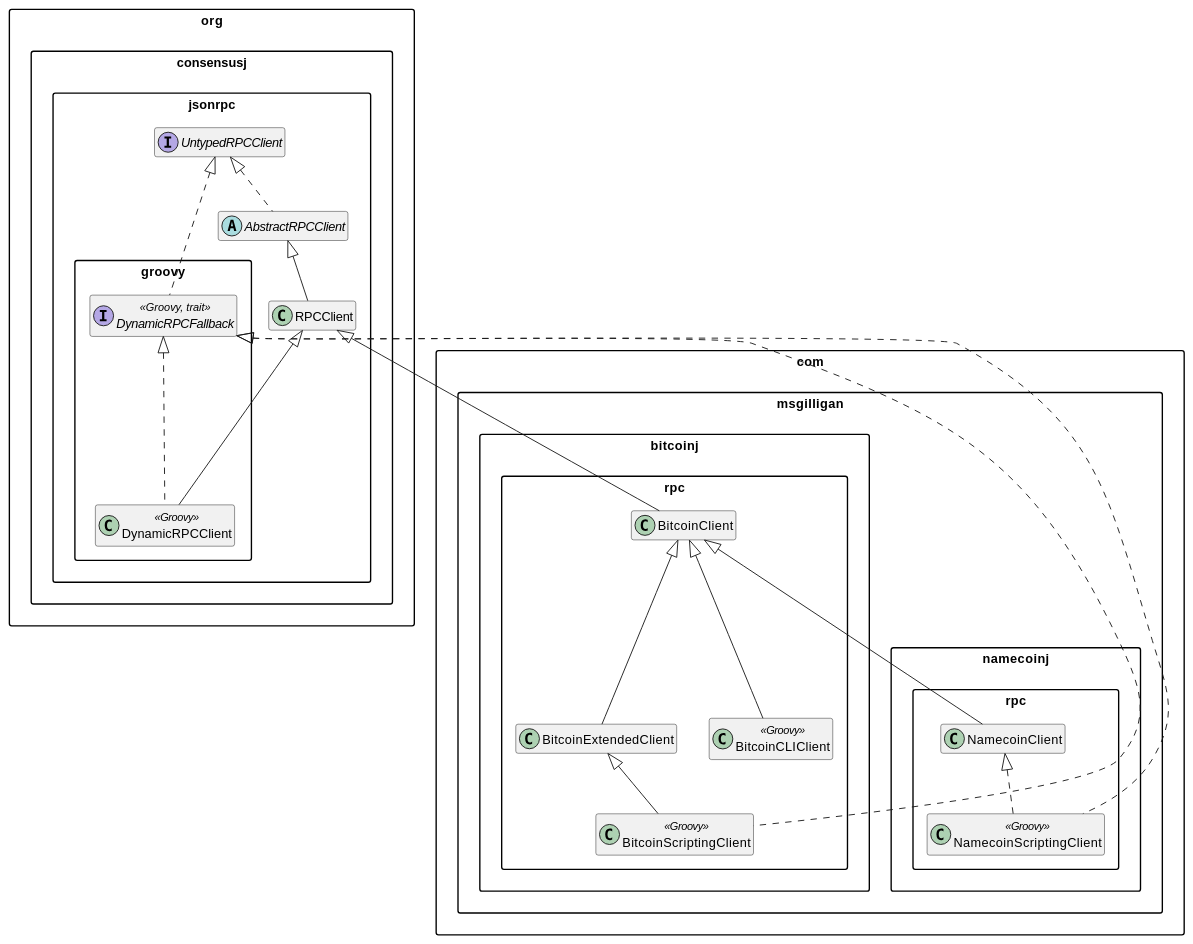
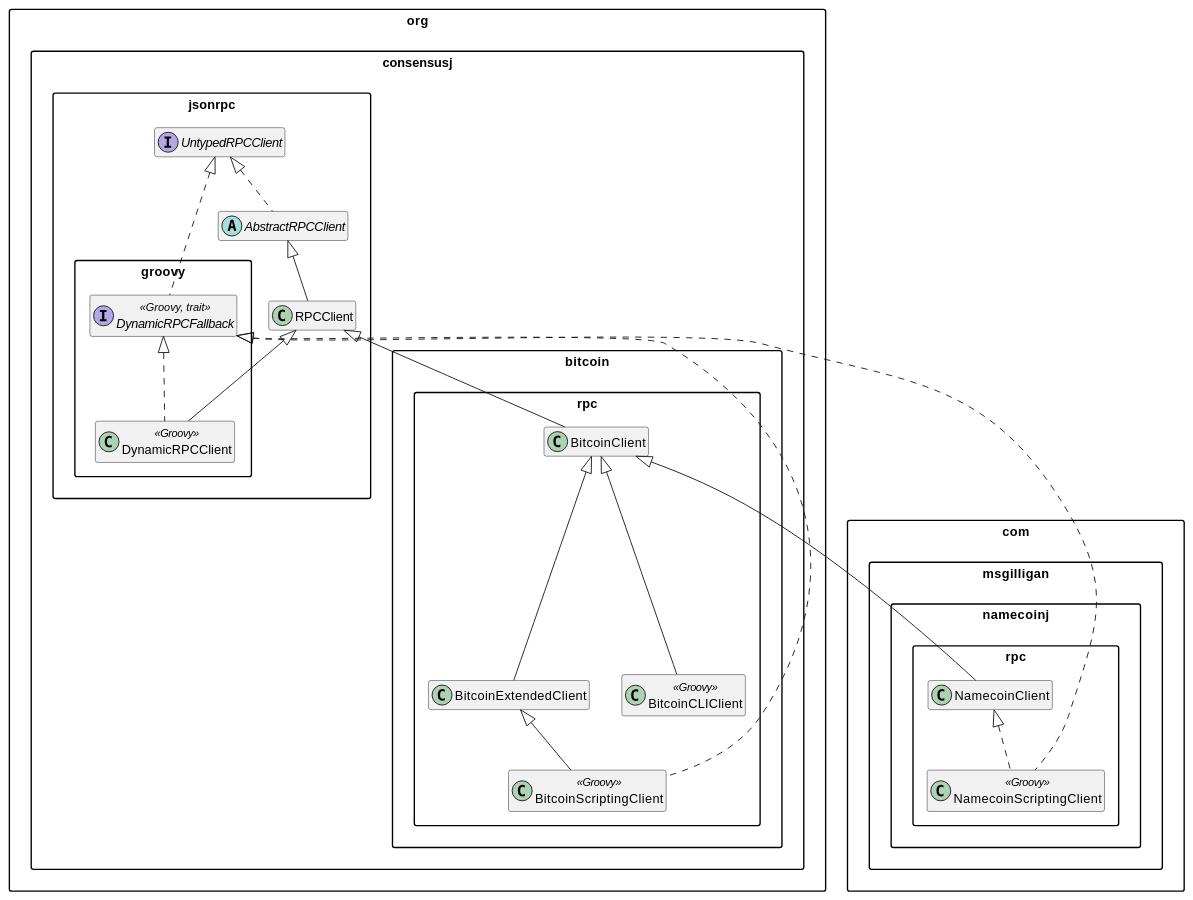
The diagram in doc/consensusj-user-guide.adoc (ConsensusJ/consensusj), drawn with PlantUML before and after one commit. The commit also changed 125 other files, not shown here.

First line of the commit message:
Move to org.consensusj.bitcoin.rpc and o.c.b.test

```diff
--- a/doc/consensusj-user-guide.adoc
+++ b/doc/consensusj-user-guide.adoc
@@ -18,49 +18,49 @@
 [plantuml, format="svg", id="Class Diagram"]
 ....
 skinparam packageStyle Rect
 skinparam shadowing false
 hide empty members
 
 namespace org.consensusj.jsonrpc {
     interface UntypedRPCClient
     abstract class AbstractRPCClient
     class RPCClient
 
     UntypedRPCClient <|.. AbstractRPCClient
     AbstractRPCClient <|-- RPCClient
 
 }
 
 namespace org.consensusj.jsonrpc.groovy {
   interface DynamicRPCFallback << Groovy, trait >>
   class DynamicRPCClient << Groovy >>
 
   org.consensusj.jsonrpc.UntypedRPCClient <|.. DynamicRPCFallback
   org.consensusj.jsonrpc.RPCClient <|-- DynamicRPCClient
   DynamicRPCFallback <|.. DynamicRPCClient
 }
 
-namespace com.msgilligan.bitcoinj.rpc {
+namespace org.consensusj.bitcoin.rpc {
     class BitcoinClient
     class BitcoinExtendedClient
 
     class BitcoinScriptingClient << Groovy >>
     class BitcoinCLIClient << Groovy >>
 
 
     org.consensusj.jsonrpc.RPCClient <|-- BitcoinClient
     BitcoinClient <|-- BitcoinExtendedClient
     BitcoinExtendedClient <|-- BitcoinScriptingClient
     org.consensusj.jsonrpc.groovy.DynamicRPCFallback <|.. BitcoinScriptingClient
     BitcoinClient <|-- BitcoinCLIClient
 }
 
 namespace com.msgilligan.namecoinj.rpc {
     class NamecoinClient
     class NamecoinScriptingClient << Groovy >>
 
-    com.msgilligan.bitcoinj.rpc.BitcoinClient <|-- NamecoinClient
+    org.consensusj.bitcoin.rpc.BitcoinClient <|-- NamecoinClient
     NamecoinClient <|.. NamecoinScriptingClient
     org.consensusj.jsonrpc.groovy.DynamicRPCFallback <|.. NamecoinScriptingClient
 }
 ....
```
